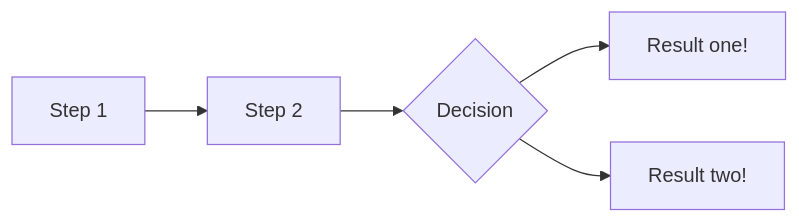
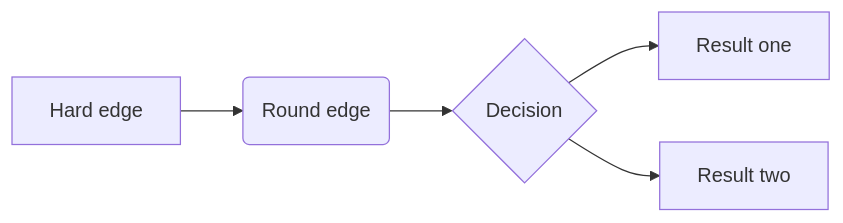
The diagram in simple_quarto_website/index.qmd (NandiniKodali988/5000-lab-1.2), drawn with Mermaid before and after one commit. The commit also changed 2 other files, not shown here.

Commit message:
Updated the Mermaid diagram

````diff
--- a/simple_quarto_website/index.qmd
+++ b/simple_quarto_website/index.qmd
@@ -50,8 +50,8 @@
 ```{mermaid}
 %%| code-fold: false
 flowchart LR
-  A[Step 1] --> B[Step 2]
+  A[Hard edge] --> B(Round edge)
   B --> C{Decision}
-  C --> D[Result one!]
-  C --> E[Result two!]
+  C --> D[Result one]
+  C --> E[Result two]
 ```
````
